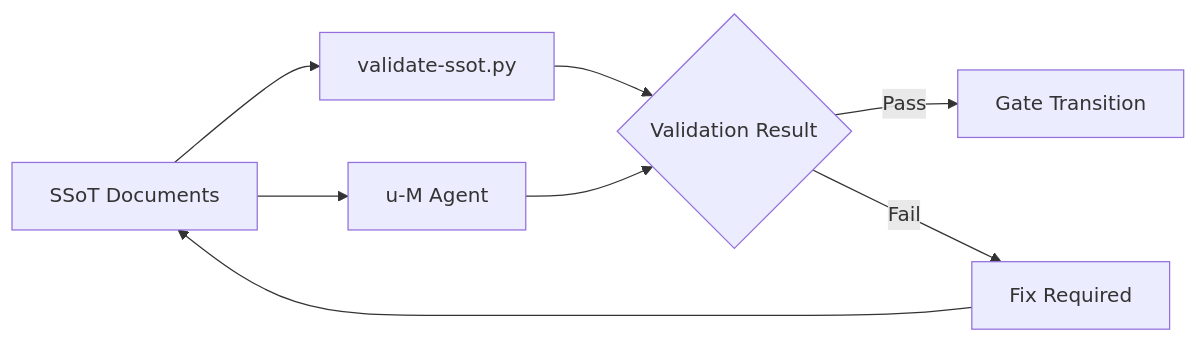
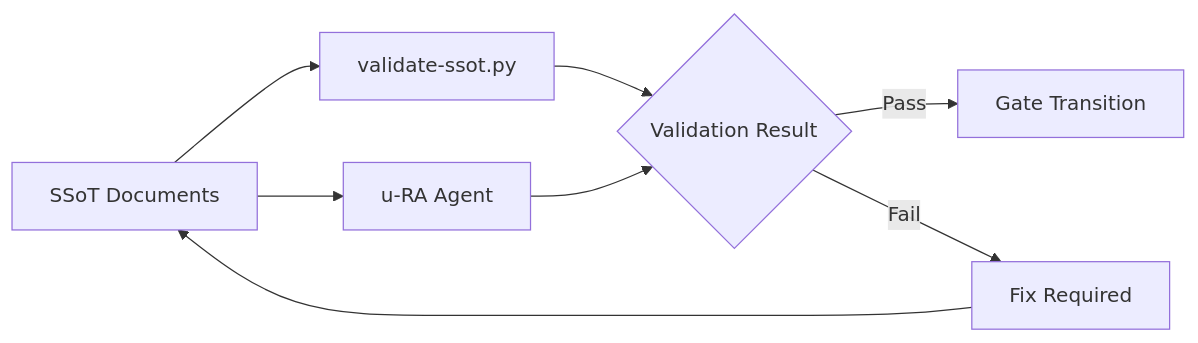
One commit to upleat-ax/u-maker-plugin changed the fourth of 4 diagrams in references/traceability-matrix.md. Above: the diagram before and after it, drawn with Mermaid. The commit also changed other lines of this file and 61 other files, not shown here.

````diff
--- a/references/traceability-matrix.md
+++ b/references/traceability-matrix.md
@@ -179,10 +194,10 @@
 ```mermaid
 flowchart LR
     DOC[SSoT Documents] --> SCRIPT[validate-ssot.py]
-    DOC --> M[u-M Agent]
+    DOC --> RA[u-RA Agent]
     SCRIPT --> RESULT{Validation Result}
-    M --> RESULT
+    RA --> RESULT
     RESULT -->|Pass| GATE[Gate Transition]
     RESULT -->|Fail| FIX[Fix Required]
     FIX --> DOC
 ```
````
